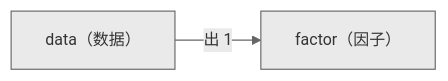
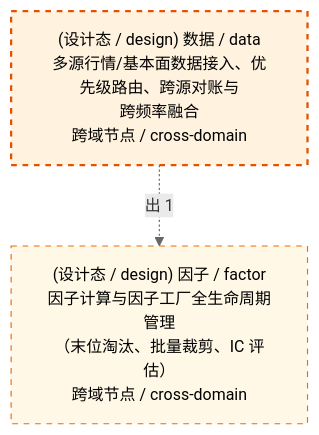
One commit to xuanFelixVan/ZephyrAlpha changed the third of 3 diagrams in docs/02_enterprise_architecture/06_decision_architecture/06_decision_l2a_data.md. Above: the diagram before and after it, drawn with Mermaid. The commit also changed other lines of this file and 23 other files, not shown here.

First line of the commit message:
feat(decisiongraph): 决策流图生成器模板 V1.2 全面升级——严格三视图+四要素标签+classDef四色+HTML联动

````diff
--- a/docs/02_enterprise_architecture/06_decision_architecture/06_decision_l2a_data.md
+++ b/docs/02_enterprise_architecture/06_decision_architecture/06_decision_l2a_data.md
@@ -76,7 +155,13 @@
 ```mermaid
-%%{init: {'theme': 'base', 'themeVariables': {'primaryColor': '#eaeaea', 'primaryTextColor': '#333333', 'primaryBorderColor': '#666666', 'lineColor': '#666666', 'secondaryColor': '#eaeaea', 'tertiaryColor': '#eaeaea', 'fontSize': '14px'}}}%%
-flowchart LR
-    SELF["data（数据）"]
-    EXT_factor["factor（因子）"]
-    SELF -->|出 1| EXT_factor
+%%{init: {'theme': 'base', 'themeVariables': {'primaryColor': '#eaeaea', 'primaryTextColor': '#333333', 'primaryBorderColor': '#666666', 'lineColor': '#666666', 'secondaryColor': '#eaeaea', 'tertiaryColor': '#eaeaea', 'clusterBkg': 'transparent', 'clusterBorder': 'transparent', 'fontSize': '14px'}}}%%
+flowchart TD
+    SELF["(设计态 / design) 数据 / data<br/>多源行情/基本面数据接入、优先级路由、跨源对账与<br/>跨频率融合<br/>跨域节点 / cross-domain"]
+    EXT_factor["(设计态 / design) 因子 / factor<br/>因子计算与因子工厂全生命周期管理<br/>（末位淘汰、批量裁剪、IC 评估）<br/>跨域节点 / cross-domain"]
+    SELF -.->|出 1| EXT_factor
+    classDef production fill:#e1f5fe,stroke:#01579b,stroke-width:2px,color:#000
+    classDef design fill:#fff3e0,stroke:#e65100,stroke-width:2px,color:#000,stroke-dasharray: 5 5
+    classDef external_prod fill:#e8f4fd,stroke:#0277bd,stroke-width:1px,color:#000
+    classDef external_design fill:#fff8e7,stroke:#ef6c00,stroke-width:1px,color:#000,stroke-dasharray: 5 5
+    class SELF design
+    class EXT_factor external_design
 ```
````
